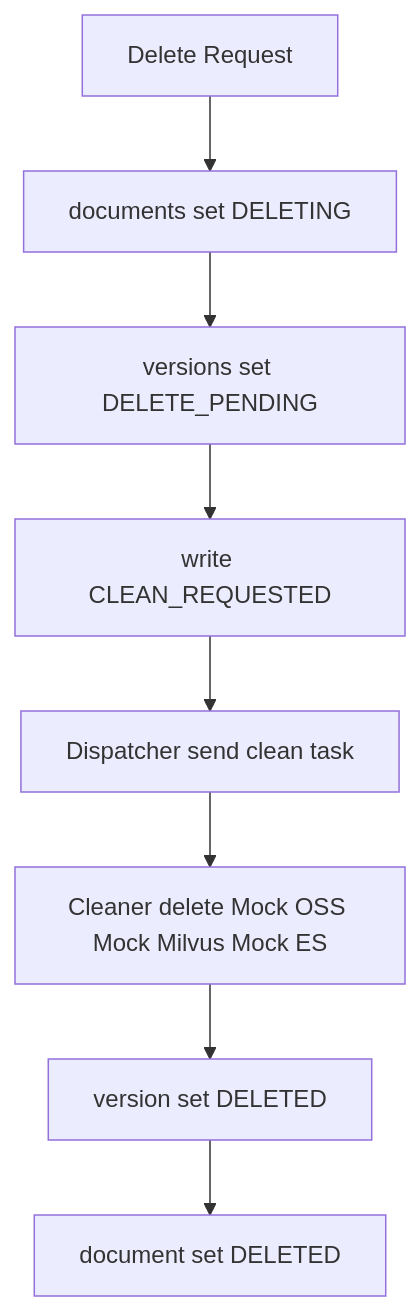
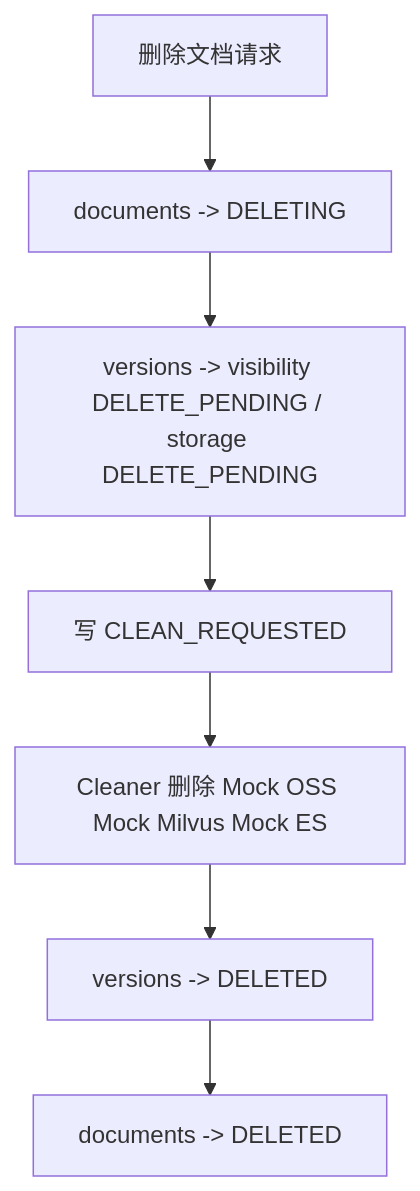
One commit to kkk935208447/learning_common_lib changed the second of 2 diagrams in src/learning_common_lib/案例/实现AgenticRAG数据库管理/最小可执行demo/README.md. Above: the diagram before and after it, drawn with Mermaid. The commit also changed other lines of this file and 25 other files, not shown here.

````diff
--- a/src/learning_common_lib/案例/实现AgenticRAG数据库管理/最小可执行demo/README.md
+++ b/src/learning_common_lib/案例/实现AgenticRAG数据库管理/最小可执行demo/README.md
@@ -290,10 +256,9 @@
 ```mermaid
 flowchart TD
-    A[Delete Request] --> B[documents set DELETING]
-    B --> C[versions set DELETE_PENDING]
-    C --> D[write CLEAN_REQUESTED]
-    D --> E[Dispatcher send clean task]
-    E --> F[Cleaner delete Mock OSS Mock Milvus Mock ES]
-    F --> G[version set DELETED]
-    G --> H[document set DELETED]
+    A[删除文档请求] --> B[documents -> DELETING]
+    B --> C[versions -> visibility DELETE_PENDING / storage DELETE_PENDING]
+    C --> D[写 CLEAN_REQUESTED]
+    D --> E[Cleaner 删除 Mock OSS Mock Milvus Mock ES]
+    E --> F[versions -> DELETED]
+    F --> G[documents -> DELETED]
 ```
````
